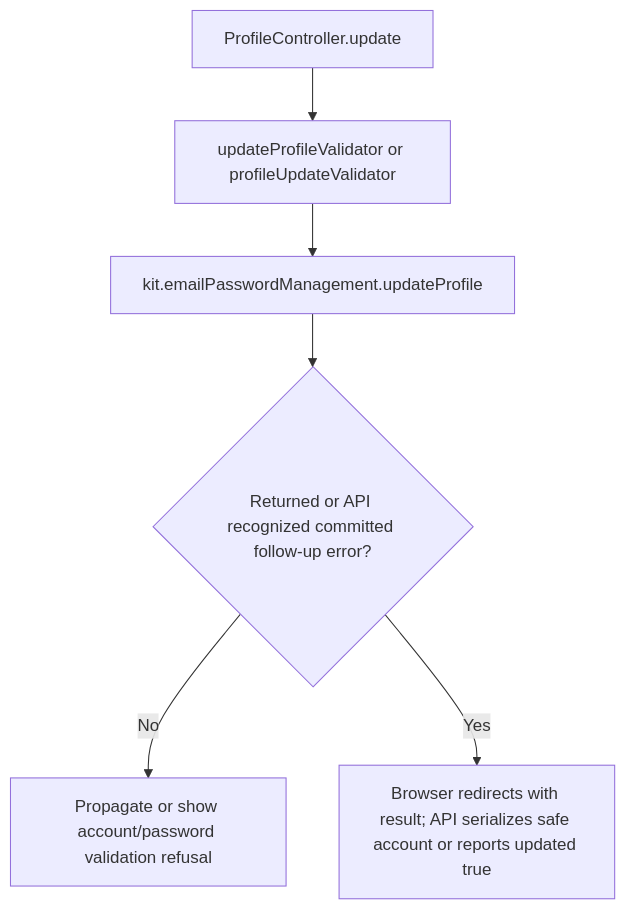
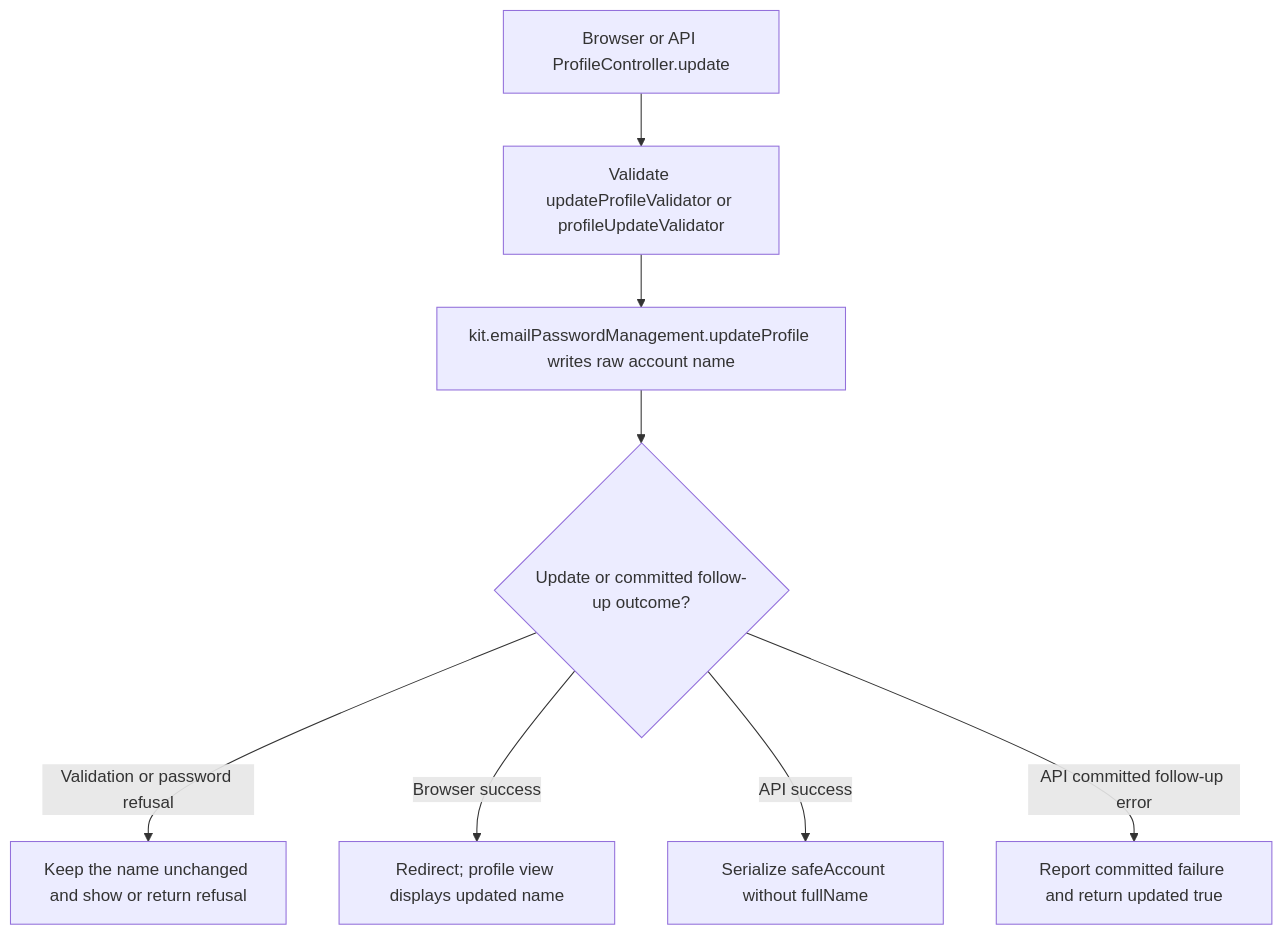
The second of 2 diagrams in user-stories/accounts/us-account-03-update-profile.md (Kevinjohn/oss-adonisjs-starter-examples), drawn with Mermaid before and after one commit. The commit also changed other lines of this file and 8 other files, not shown here.

````diff
--- a/user-stories/accounts/us-account-03-update-profile.md
+++ b/user-stories/accounts/us-account-03-update-profile.md
@@ -42,8 +45,10 @@
 ```mermaid
 flowchart TD
-    A["ProfileController.update"] --> B["updateProfileValidator or profileUpdateValidator"]
-    B --> C["kit.emailPasswordManagement.updateProfile"]
-    C --> D{"Returned or API recognized committed follow-up error?"}
-    D -->|No| E["Propagate or show account/password validation refusal"]
-    D -->|Yes| F["Browser redirects with result; API serializes safe account or reports updated true"]
+    A["Browser or API ProfileController.update"] --> B["Validate updateProfileValidator or profileUpdateValidator"]
+    B --> C["kit.emailPasswordManagement.updateProfile writes raw account name"]
+    C --> D{"Update or committed follow-up outcome?"}
+    D -->|Validation or password refusal| E["Keep the name unchanged and show or return refusal"]
+    D -->|Browser success| F["Redirect; profile view displays updated name"]
+    D -->|API success| G["Serialize safeAccount without fullName"]
+    D -->|API committed follow-up error| H["Report committed failure and return updated true"]
 ```
````
